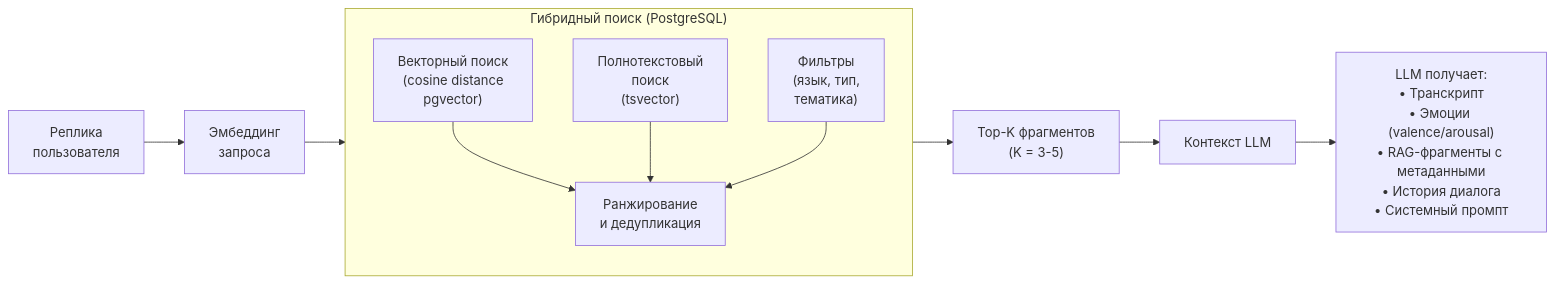
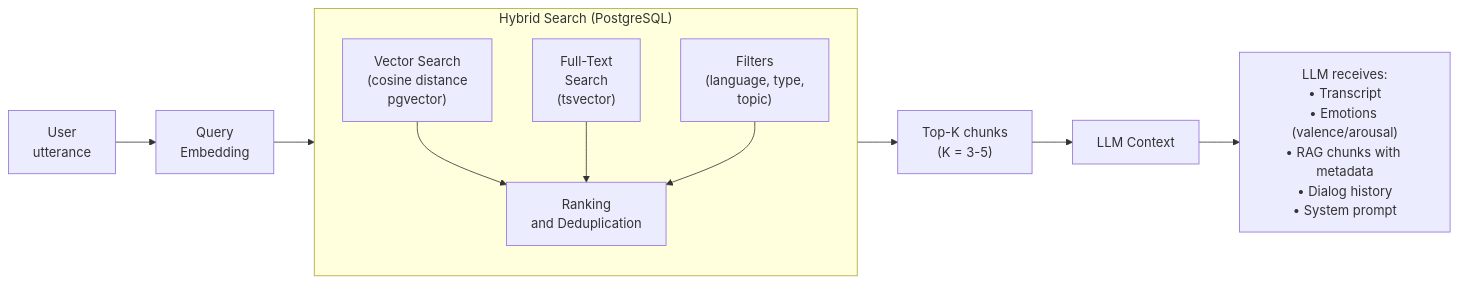
One commit to itechmeat/twype-voice changed diagram 16 of 25 in docs/architecture.md. Above: the diagram before and after it, drawn with Mermaid. The commit also changed other lines of this file and 30 other files, not shown here.

````diff
--- a/docs/architecture.md
+++ b/docs/architecture.md
@@ -760,23 +760,23 @@
 ```mermaid
 flowchart LR
-    INPUT["Реплика<br/>пользователя"] --> Q_EMBED["Эмбеддинг<br/>запроса"]
+    INPUT["User<br/>utterance"] --> Q_EMBED["Query<br/>Embedding"]
 
     Q_EMBED --> SEARCH
 
-    subgraph SEARCH["Гибридный поиск (PostgreSQL)"]
+    subgraph SEARCH["Hybrid Search (PostgreSQL)"]
         direction TB
-        VEC["Векторный поиск<br/>(cosine distance<br/>pgvector)"]
-        FTS["Полнотекстовый<br/>поиск<br/>(tsvector)"]
-        FILTER["Фильтры<br/>(язык, тип,<br/>тематика)"]
-        RANK["Ранжирование<br/>и дедупликация"]
+        VEC["Vector Search<br/>(cosine distance<br/>pgvector)"]
+        FTS["Full-Text<br/>Search<br/>(tsvector)"]
+        FILTER["Filters<br/>(language, type,<br/>topic)"]
+        RANK["Ranking<br/>and Deduplication"]
 
         VEC --> RANK
         FTS --> RANK
         FILTER --> RANK
     end
 
-    SEARCH --> TOPK["Top-K фрагментов<br/>(K = 3-5)"]
-    TOPK --> CONTEXT["Контекст LLM"]
+    SEARCH --> TOPK["Top-K chunks<br/>(K = 3-5)"]
+    TOPK --> CONTEXT["LLM Context"]
 
-    CONTEXT --> LLM_IN["LLM получает:<br/>• Транскрипт<br/>• Эмоции (valence/arousal)<br/>• RAG-фрагменты с метаданными<br/>• История диалога<br/>• Системный промпт"]
+    CONTEXT --> LLM_IN["LLM receives:<br/>• Transcript<br/>• Emotions (valence/arousal)<br/>• RAG chunks with metadata<br/>• Dialog history<br/>• System prompt"]
 ```
````
